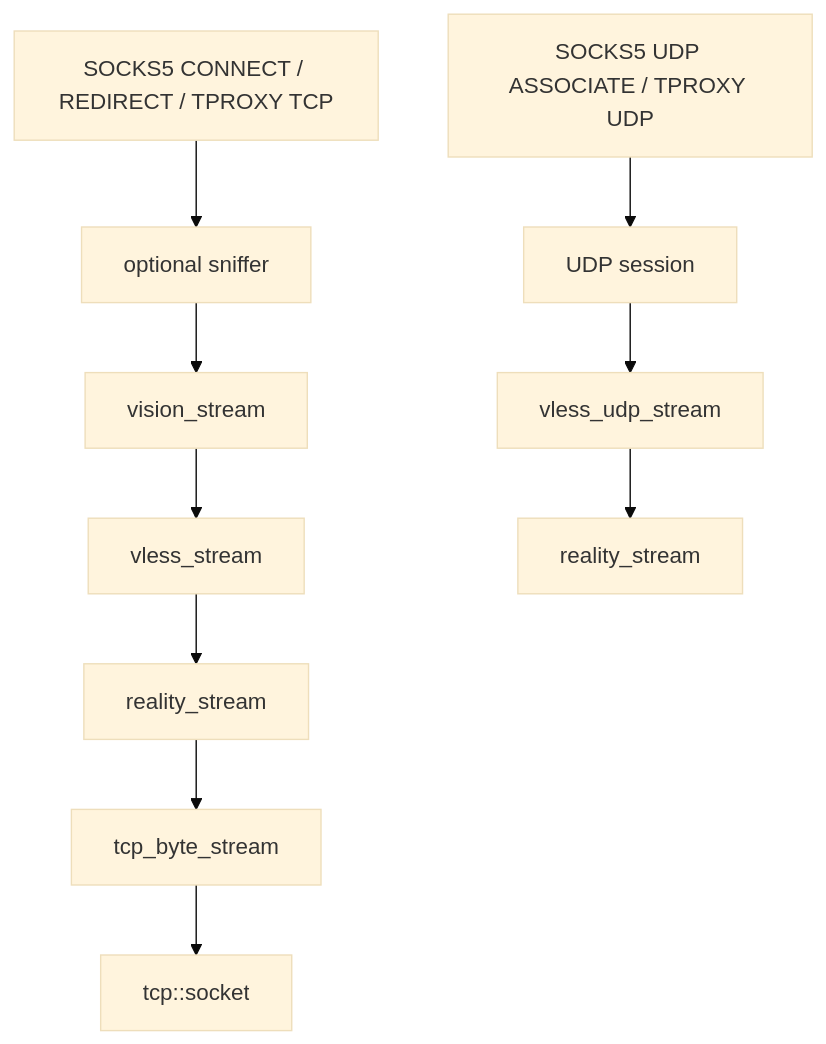
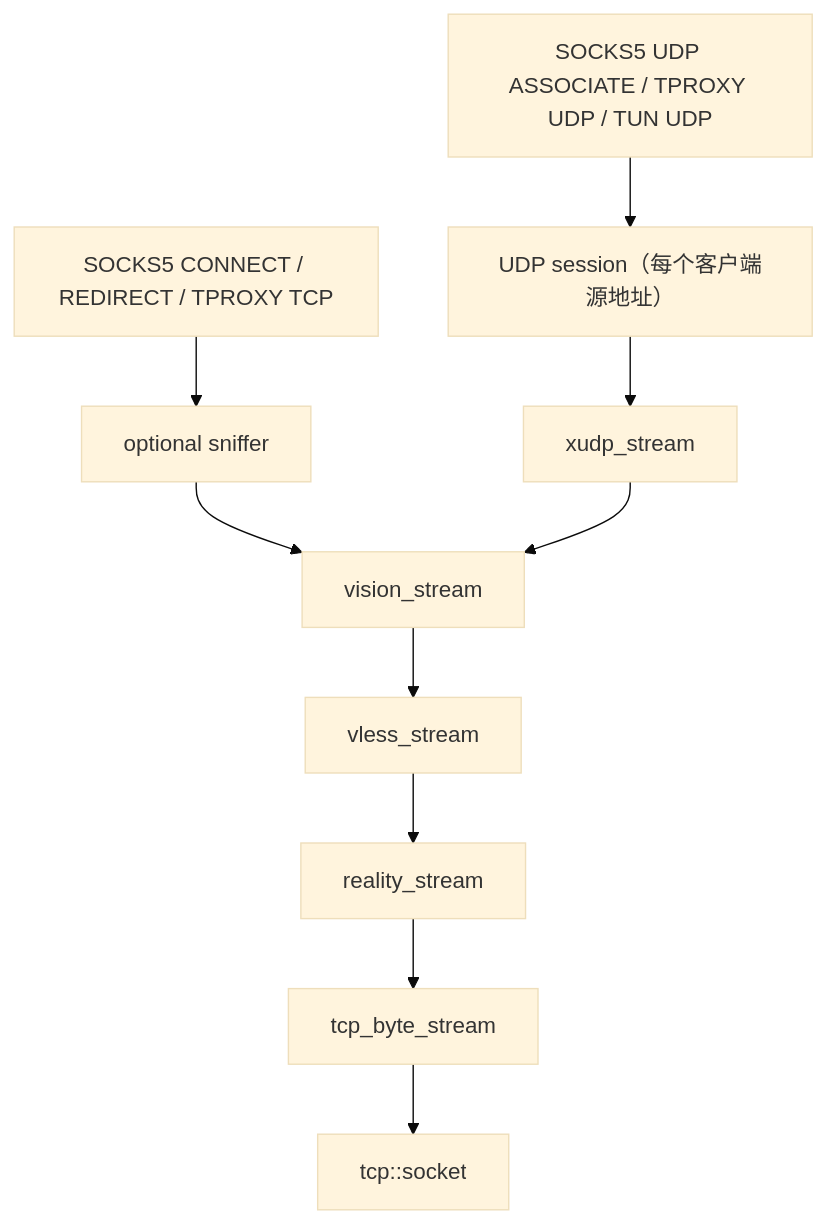
The first of 2 diagrams in docs/ARCHITECTURE.md (gyl30/reality_vision), drawn with Mermaid (base theme) before and after one commit. The commit also changed other lines of this file and 13 other files, not shown here.

First line of the commit message:
TUN UDP 改用 XUDP 并删除 VLESS UDP 实现

````diff
--- a/docs/ARCHITECTURE.md
+++ b/docs/ARCHITECTURE.md
@@ -7,13 +7,13 @@
 ```mermaid
 flowchart TD
     A["SOCKS5 CONNECT / REDIRECT / TPROXY TCP"] --> B["optional sniffer"]
     B --> C["vision_stream"]
     C --> D["vless_stream"]
     D --> E["reality_stream"]
     E --> F["tcp_byte_stream"]
     F --> G["tcp::socket"]
 
-    U["SOCKS5 UDP ASSOCIATE / TPROXY UDP"] --> V["UDP session"]
-    V --> W["vless_udp_stream"]
-    W --> R["reality_stream"]
+    U["SOCKS5 UDP ASSOCIATE / TPROXY UDP / TUN UDP"] --> V["UDP session（每个客户端源地址）"]
+    V --> W["xudp_stream"]
+    W --> C
 ```
````
